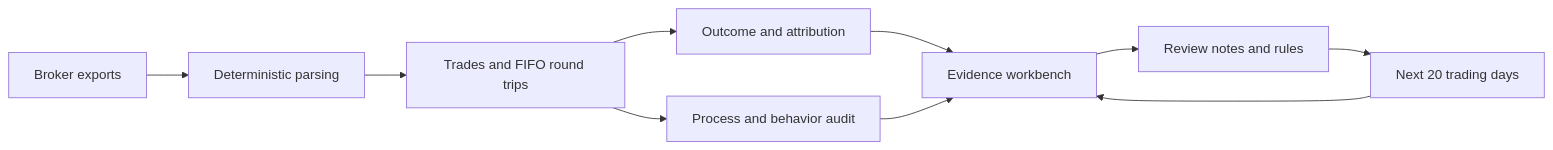
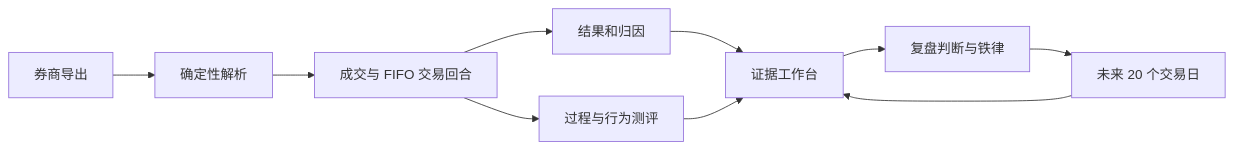
Before and after one commit to Jincrediblez/TradeCraft_opensource: the diagram in README.md, drawn with Mermaid. The commit also changed other lines of this file and 3 other files, not shown here.

````diff
--- a/README.md
+++ b/README.md
@@ -58,12 +58,12 @@
 ```mermaid
 flowchart LR
-    A[Broker exports] --> B[Deterministic parsing]
-    B --> C[Trades and FIFO round trips]
-    C --> D[Outcome and attribution]
-    C --> E[Process and behavior audit]
-    D --> F[Evidence workbench]
+    A[券商导出] --> B[确定性解析]
+    B --> C[成交与 FIFO 交易回合]
+    C --> D[结果和归因]
+    C --> E[过程与行为测评]
+    D --> F[证据工作台]
     E --> F
-    F --> G[Review notes and rules]
-    G --> H[Next 20 trading days]
+    F --> G[复盘判断与铁律]
+    G --> H[未来 20 个交易日]
     H --> F
 ```
````
